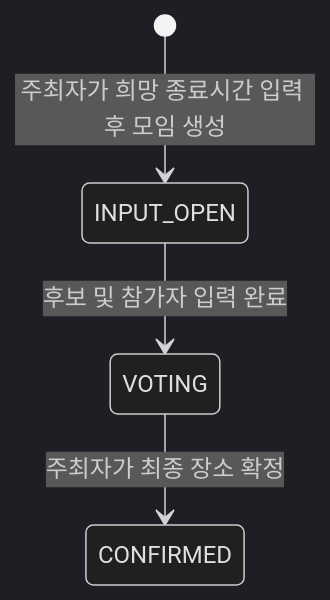
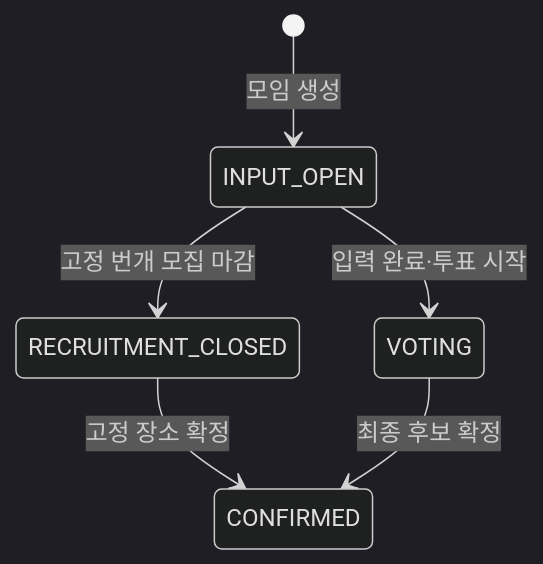
Before and after one commit to nembutal-sw/meetback: the second of 5 diagrams in README.md, drawn with Mermaid (dark theme). The commit also changed other lines of this file, not shown here.

````diff
--- a/README.md
+++ b/README.md
@@ -29,6 +46,8 @@
 ```mermaid
 stateDiagram-v2
-    [*] --> INPUT_OPEN: 주최자가 희망 종료시간 입력 후 모임 생성
-    INPUT_OPEN --> VOTING: 후보 및 참가자 입력 완료
-    VOTING --> CONFIRMED: 주최자가 최종 장소 확정
+    [*] --> INPUT_OPEN: 모임 생성
+    INPUT_OPEN --> RECRUITMENT_CLOSED: 고정 번개 모집 마감
+    INPUT_OPEN --> VOTING: 입력 완료·투표 시작
+    RECRUITMENT_CLOSED --> CONFIRMED: 고정 장소 확정
+    VOTING --> CONFIRMED: 최종 후보 확정
 ```
````
